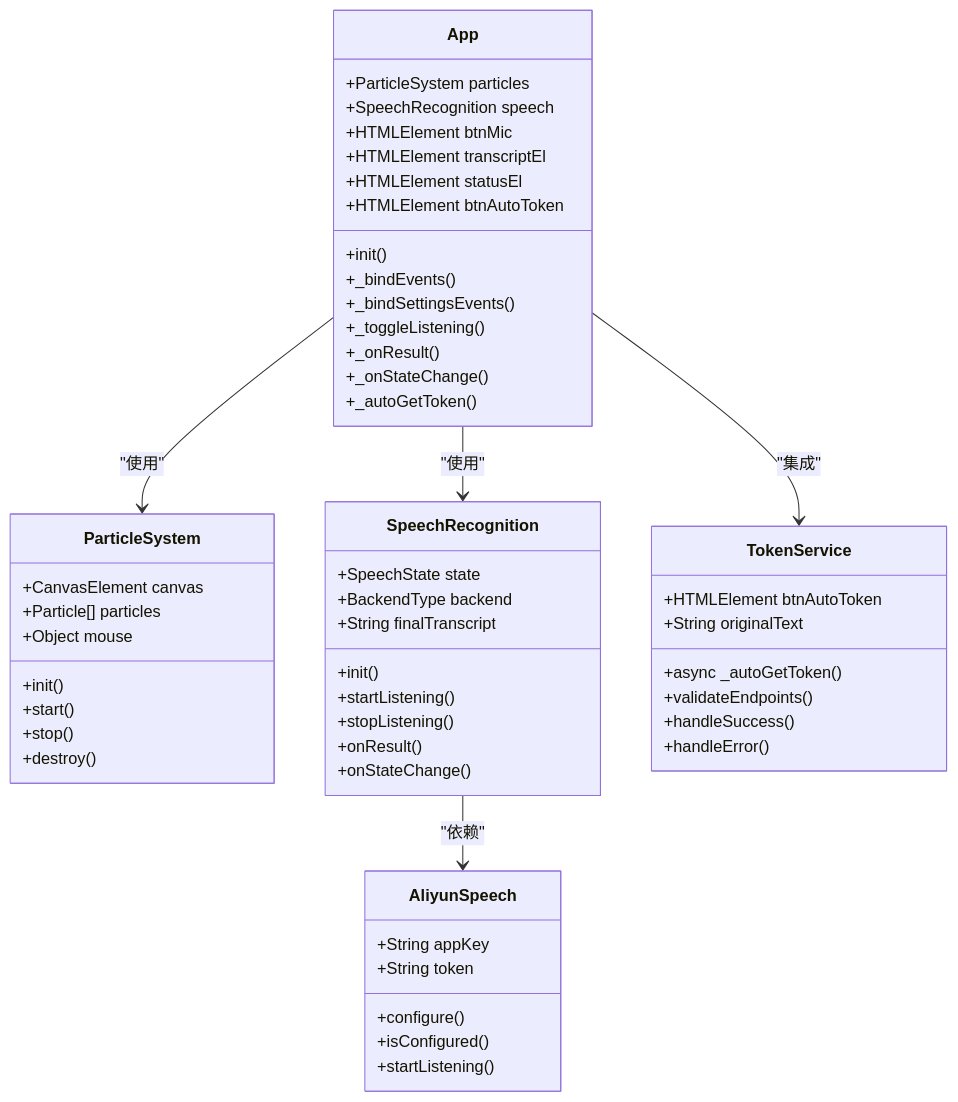
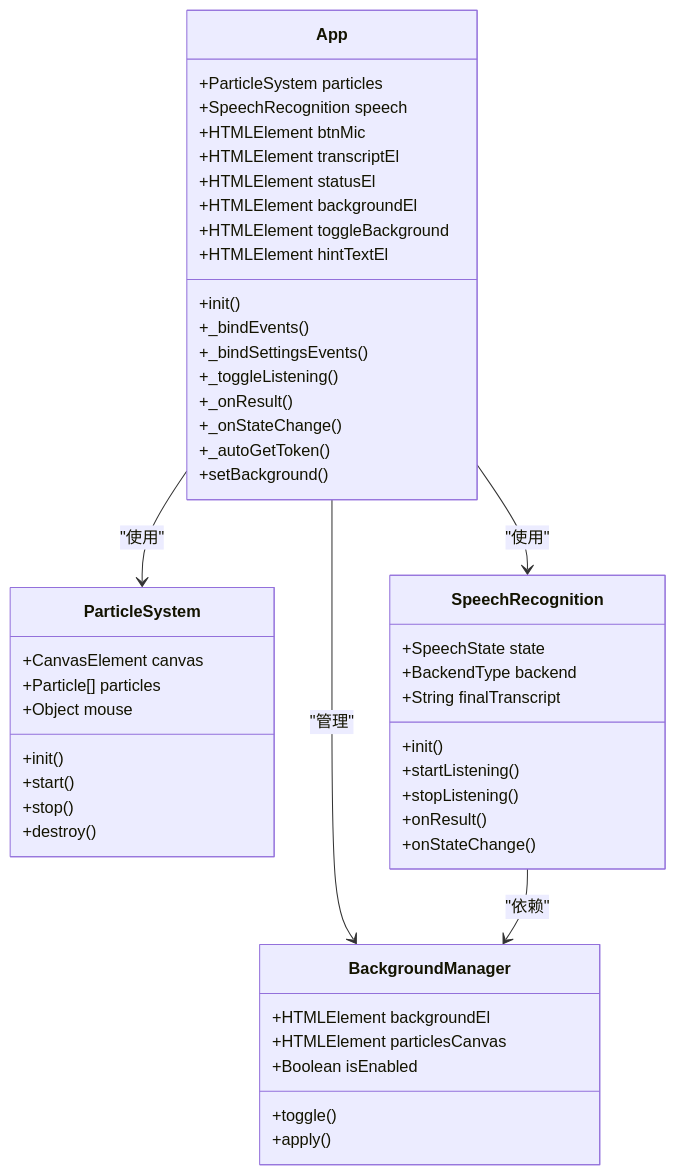
Before and after one commit to db300/MySpeechRecognition: the second of 11 diagrams in .qoder/repowiki/zh/content/用户界面设计.md, drawn with Mermaid. The commit also changed other lines of this file and 24 other files, not shown here.

````diff
--- a/.qoder/repowiki/zh/content/用户界面设计.md
+++ b/.qoder/repowiki/zh/content/用户界面设计.md
@@ -94,56 +97,51 @@
 ```mermaid
 classDiagram
 class App {
 +ParticleSystem particles
 +SpeechRecognition speech
 +HTMLElement btnMic
 +HTMLElement transcriptEl
 +HTMLElement statusEl
-+HTMLElement btnAutoToken
++HTMLElement backgroundEl
++HTMLElement toggleBackground
++HTMLElement hintTextEl
 +init()
 +_bindEvents()
 +_bindSettingsEvents()
 +_toggleListening()
 +_onResult()
 +_onStateChange()
 +_autoGetToken()
++setBackground()
 }
 class ParticleSystem {
 +CanvasElement canvas
 +Particle[] particles
 +Object mouse
 +init()
 +start()
 +stop()
 +destroy()
 }
 class SpeechRecognition {
 +SpeechState state
 +BackendType backend
 +String finalTranscript
 +init()
 +startListening()
 +stopListening()
 +onResult()
 +onStateChange()
 }
-class AliyunSpeech {
-+String appKey
-+String token
-+configure()
-+isConfigured()
-+startListening()
-}
-class TokenService {
-+HTMLElement btnAutoToken
-+String originalText
-+async _autoGetToken()
-+validateEndpoints()
-+handleSuccess()
-+handleError()
+class BackgroundManager {
++HTMLElement backgroundEl
++HTMLElement particlesCanvas
++Boolean isEnabled
++toggle()
++apply()
 }
 App --> ParticleSystem : "使用"
 App --> SpeechRecognition : "使用"
-SpeechRecognition --> AliyunSpeech : "依赖"
-App --> TokenService : "集成"
+App --> BackgroundManager : "管理"
+SpeechRecognition --> BackgroundManager : "依赖"
 ```
````
